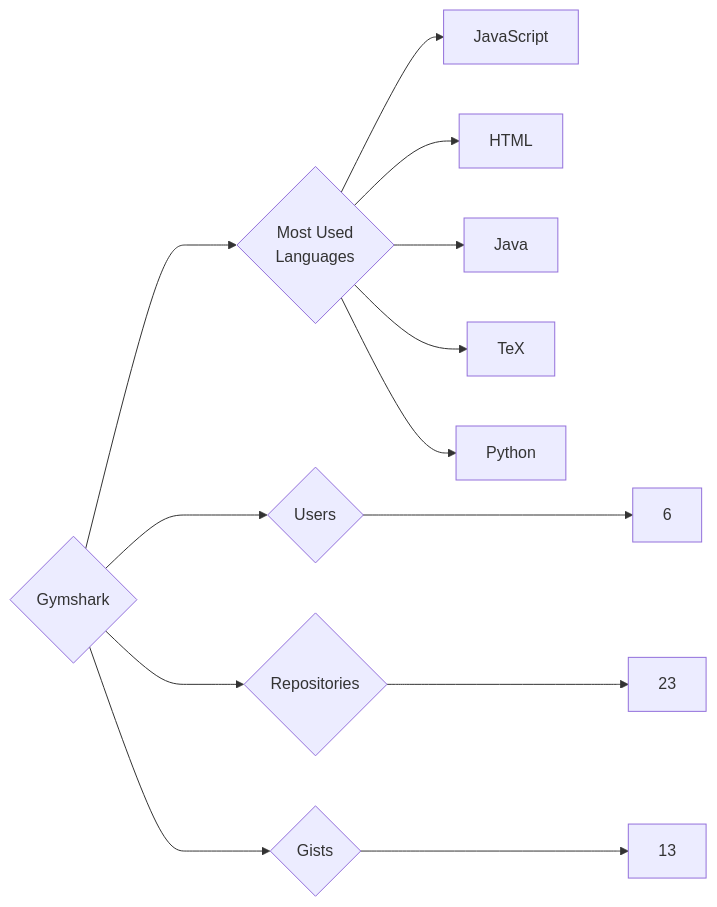
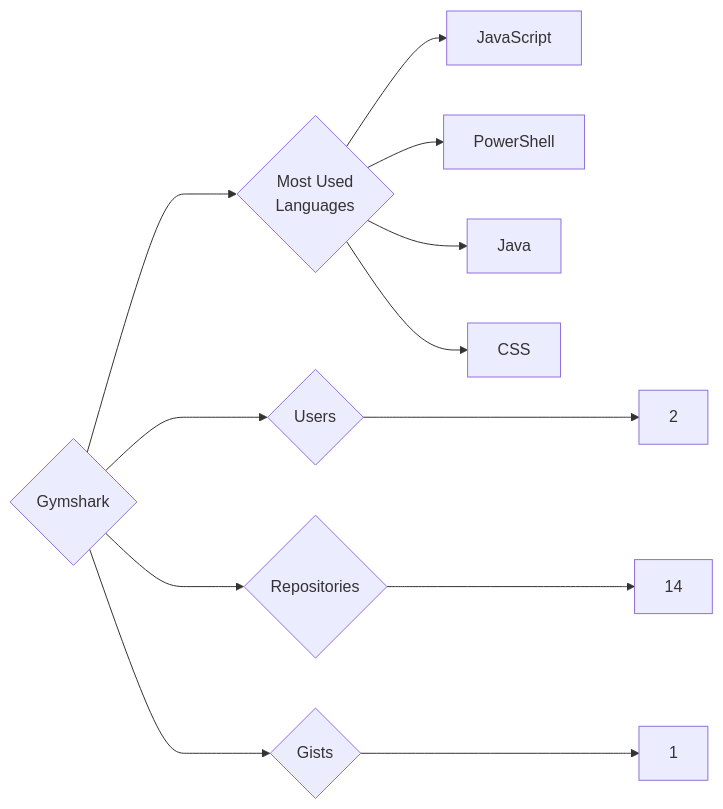
Before and after one commit to trickest/insiders: the diagram in targets/Gymshark/README.md, drawn with Mermaid. The commit also changed 618 other files, not shown here.

````diff
--- a/targets/Gymshark/README.md
+++ b/targets/Gymshark/README.md
@@ -3,13 +3,12 @@
 ```mermaid
 graph LR
 COMPANY_NAME{Gymshark}
-COMPANY_NAME ---> U{Users} ---> UN[6]
-COMPANY_NAME ---> R{Repositories} ---> RN[23]
-COMPANY_NAME ---> G{Gists} ---> GN[13]
+COMPANY_NAME ---> U{Users} ---> UN[2]
+COMPANY_NAME ---> R{Repositories} ---> RN[14]
+COMPANY_NAME ---> G{Gists} ---> GN[1]
 COMPANY_NAME ---> ML{Most Used<br>Languages}
 ML --> JavaScript[JavaScript]
-ML --> HTML[HTML]
+ML --> PowerShell[PowerShell]
 ML --> Java[Java]
-ML --> TeX[TeX]
-ML --> Python[Python]
+ML --> CSS[CSS]
 ```
````
